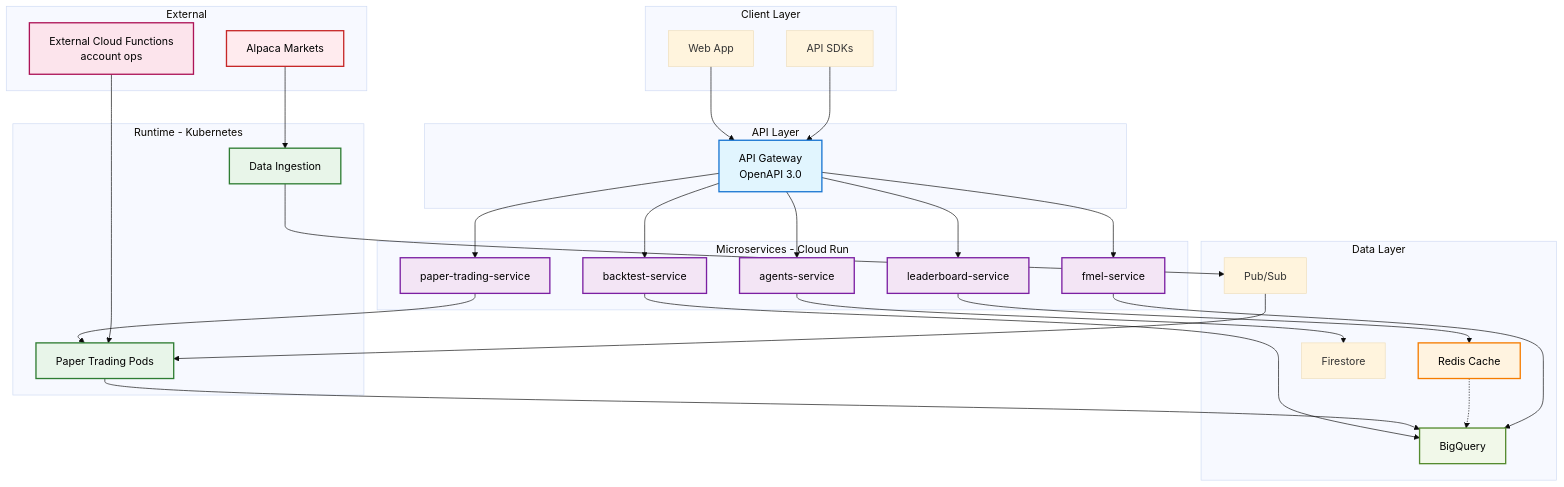
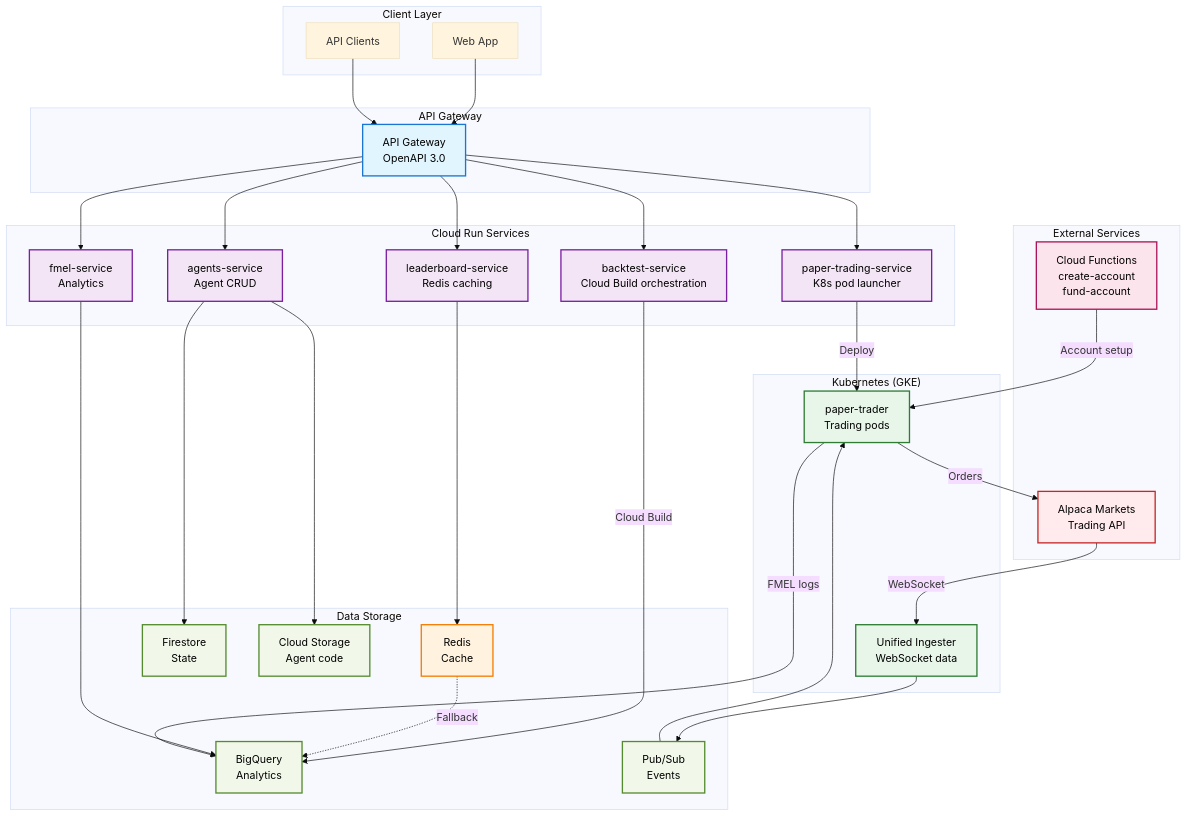
One commit to Spooky-Labs/The-Farm-Mark-II changed the first of 2 diagrams in README.md. Above: the diagram before and after it, drawn with Mermaid (base theme). The commit also changed other lines of this file, not shown here.

Commit message:
Added some updates

````diff
--- a/README.md
+++ b/README.md
@@ -26,74 +26,81 @@
 ```mermaid
 graph TB
     subgraph "Client Layer"
         WEB[Web App]
-        SDK[API SDKs]
+        API[API Clients]
     end
 
-    subgraph "API Layer"
+    subgraph "API Gateway"
         GW[API Gateway<br/>OpenAPI 3.0]
     end
 
-    subgraph "Microservices - Cloud Run"
-        AS[agents-service]
-        BS[backtest-service]
-        PS[paper-trading-service]
-        LS[leaderboard-service]
-        FS[fmel-service]
+    subgraph "Cloud Run Services"
+        AS[agents-service<br/>Agent CRUD]
+        BS[backtest-service<br/>Cloud Build orchestration]
+        PS[paper-trading-service<br/>K8s pod launcher]
+        LS[leaderboard-service<br/>Redis caching]
+        FS[fmel-service<br/>Analytics]
     end
 
-    subgraph "Runtime - Kubernetes"
-        PT[Paper Trading Pods]
-        DI[Data Ingestion]
+    subgraph "Kubernetes (GKE)"
+        PT[paper-trader<br/>Trading pods]
+        ING[Unified Ingester<br/>WebSocket data]
     end
 
-    subgraph "Data Layer"
-        BQ[BigQuery]
-        REDIS[Redis Cache]
-        FS2[Firestore]
-        PS2[Pub/Sub]
+    subgraph "Data Storage"
+        BQ[BigQuery<br/>Analytics]
+        REDIS[Redis<br/>Cache]
+        FIRE[Firestore<br/>State]
+        PUB[Pub/Sub<br/>Events]
+        GCS[Cloud Storage<br/>Agent code]
     end
 
-    subgraph "External"
-        ALPACA[Alpaca Markets]
-        CF[External Cloud Functions<br/>account ops]
+    subgraph "External Services"
+        ALPACA[Alpaca Markets<br/>Trading API]
+        CF[Cloud Functions<br/>create-account<br/>fund-account]
     end
 
     WEB --> GW
-    SDK --> GW
+    API --> GW
 
     GW --> AS
     GW --> BS
     GW --> PS
     GW --> LS
     GW --> FS
 
-    PS --> PT
-    BS --> BQ
+    AS --> GCS
+    AS --> FIRE
 
-    CF --> PT
+    BS --> |Cloud Build| BQ
 
-    ALPACA --> DI
-    DI --> PS2
-    PS2 --> PT
+    PS --> |Deploy| PT
+    CF --> |Account setup| PT
 
-    PT --> BQ
     LS --> REDIS
-    REDIS -.-> BQ
+    REDIS -.-> |Fallback| BQ
 
-    AS --> FS2
     FS --> BQ
+
+    ALPACA --> |WebSocket| ING
+    ING --> PUB
+    PUB --> PT
+    PT --> |Orders| ALPACA
+    PT --> |FMEL logs| BQ
 
     style GW fill:#e1f5fe,stroke:#1976d2,stroke-width:2px,color:#000
     style AS fill:#f3e5f5,stroke:#7b1fa2,stroke-width:2px,color:#000
     style BS fill:#f3e5f5,stroke:#7b1fa2,stroke-width:2px,color:#000
     style PS fill:#f3e5f5,stroke:#7b1fa2,stroke-width:2px,color:#000
     style LS fill:#f3e5f5,stroke:#7b1fa2,stroke-width:2px,color:#000
     style FS fill:#f3e5f5,stroke:#7b1fa2,stroke-width:2px,color:#000
     style REDIS fill:#fff3e0,stroke:#f57c00,stroke-width:2px,color:#000
     style BQ fill:#f1f8e9,stroke:#558b2f,stroke-width:2px,color:#000
+    style FIRE fill:#f1f8e9,stroke:#558b2f,stroke-width:2px,color:#000
+    style PUB fill:#f1f8e9,stroke:#558b2f,stroke-width:2px,color:#000
+    style GCS fill:#f1f8e9,stroke:#558b2f,stroke-width:2px,color:#000
     style PT fill:#e8f5e9,stroke:#2e7d32,stroke-width:2px,color:#000
-    style DI fill:#e8f5e9,stroke:#2e7d32,stroke-width:2px,color:#000
+    style ING fill:#e8f5e9,stroke:#2e7d32,stroke-width:2px,color:#000
     style ALPACA fill:#ffebee,stroke:#c62828,stroke-width:2px,color:#000
     style CF fill:#fce4ec,stroke:#ad1457,stroke-width:2px,color:#000
 ```
````
